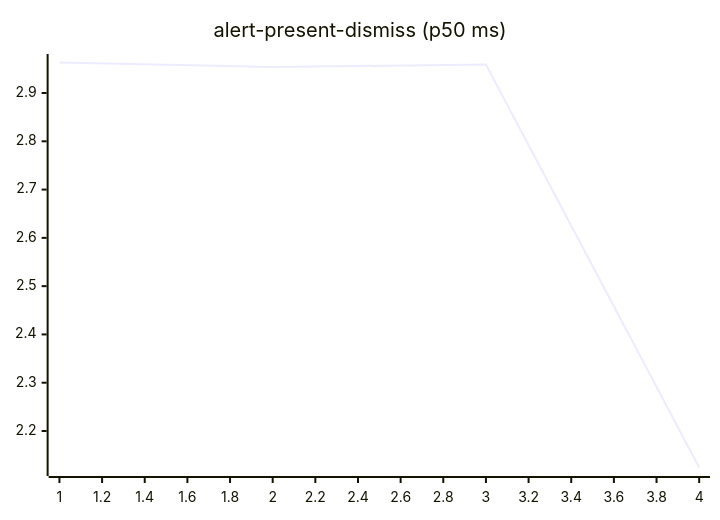
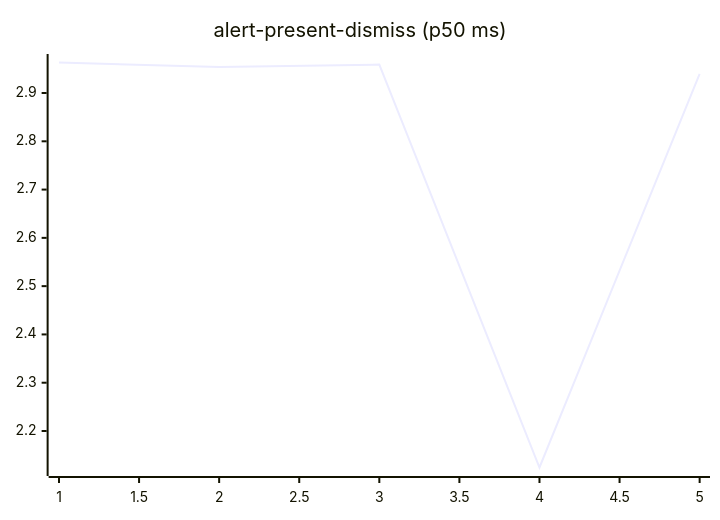
Before and after one commit to josha/Facet: the second of 27 diagrams in README.md, drawn with Mermaid. The commit also changed other lines of this file and 2 other files, not shown here.

````diff
--- a/README.md
+++ b/README.md
@@ -70,6 +70,6 @@
 ```mermaid
 xychart-beta
     title "alert-present-dismiss (p50 ms)"
-    x-axis 1 --> 4
-    line [2.9632, 2.9538, 2.9589, 2.1244]
+    x-axis 1 --> 5
+    line [2.9632, 2.9538, 2.9589, 2.1244, 2.9396]
 ```
````
